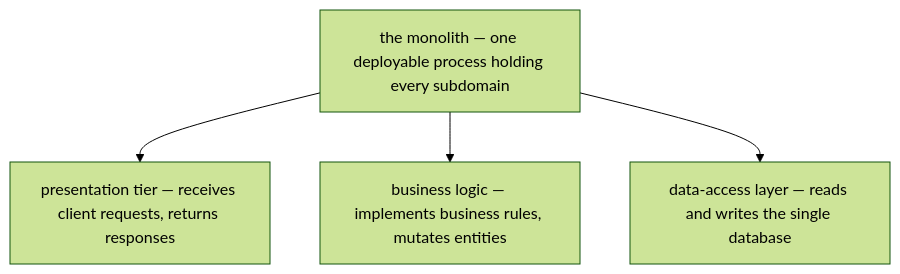
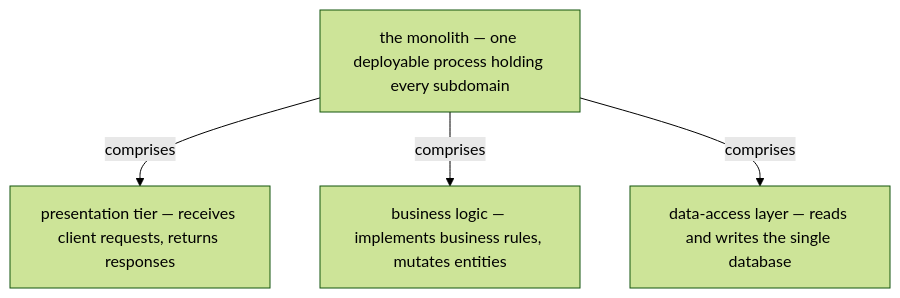
Before and after one commit to vinayakuber/microservices-io-study-guide: the fifth of 13 diagrams in docs/ch01-monolithic-architecture.md, drawn with Mermaid (forest theme). The commit also changed other lines of this file and 71 other files, not shown here.

First line of the commit message:
R18: label every diagram arrow with its meaning

````diff
--- a/docs/ch01-monolithic-architecture.md
+++ b/docs/ch01-monolithic-architecture.md
@@ -277,7 +277,7 @@
 ```mermaid
 flowchart TD
   R["the monolith — one deployable process holding every subdomain"]
-  R --> P0["presentation tier — receives client requests, returns responses"]
-  R --> P1["business logic — implements business rules, mutates entities"]
-  R --> P2["data-access layer — reads and writes the single database"]
+  R -->|"comprises"| P0["presentation tier — receives client requests, returns responses"]
+  R -->|"comprises"| P1["business logic — implements business rules, mutates entities"]
+  R -->|"comprises"| P2["data-access layer — reads and writes the single database"]
 ```
````
